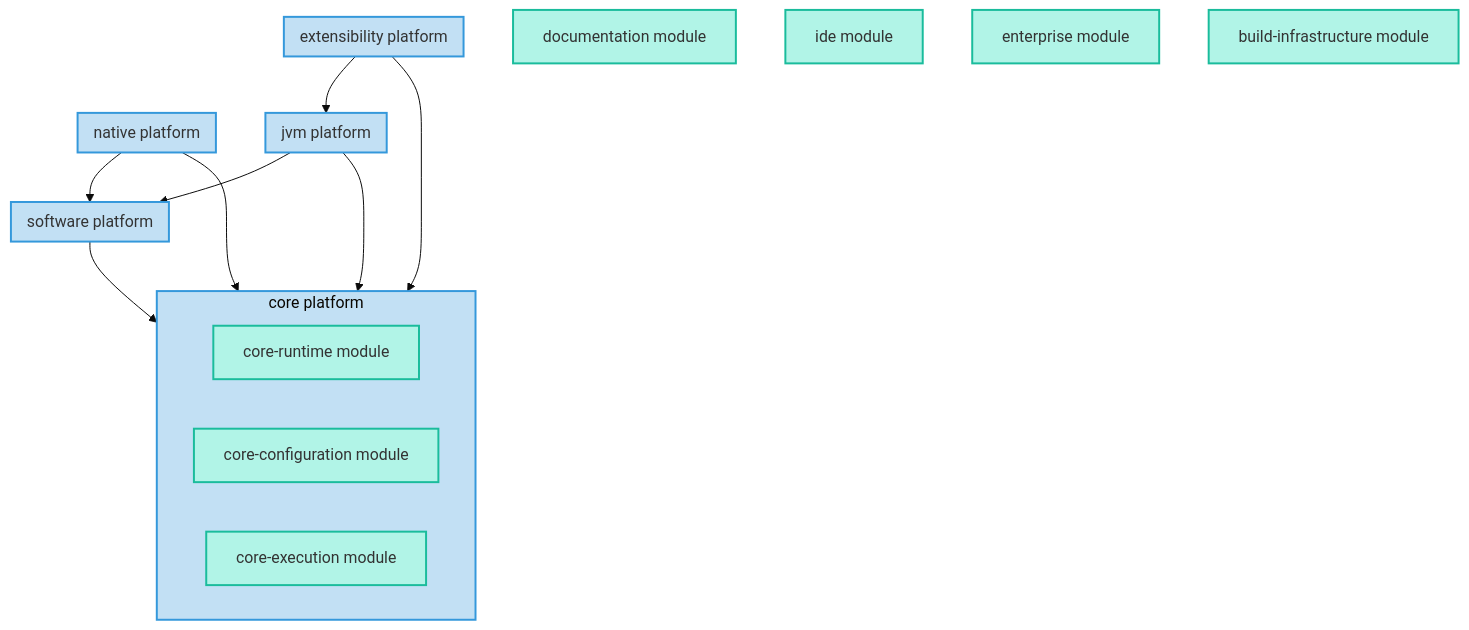
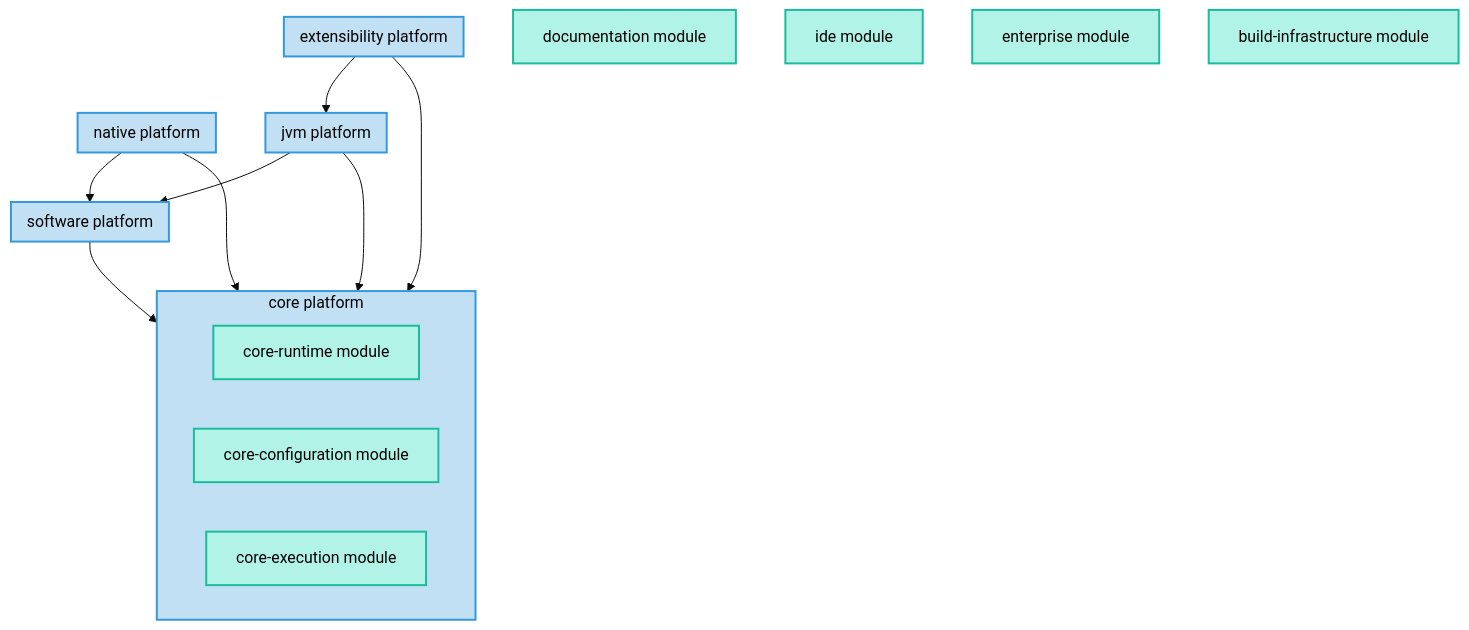
The diagram in architecture/README.md (gradle/gradle), drawn with Mermaid (base theme) before and after one commit. The commit also changed 1 other file, not shown here.

Commit message:
Fix the architecture docs diagram in dark mode

````diff
--- a/architecture/README.md
+++ b/architecture/README.md
@@ -10,51 +10,51 @@
 ```mermaid
     graph TD
 
     subgraph core["core platform"]
 
         core_runtime["core-runtime module"]
-        style core_runtime stroke:#1abc9c,fill:#b1f4e7,stroke-width:2px;
+        style core_runtime stroke:#1abc9c,fill:#b1f4e7,stroke-width:2px,color:#000;
 
         core_configuration["core-configuration module"]
-        style core_configuration stroke:#1abc9c,fill:#b1f4e7,stroke-width:2px;
+        style core_configuration stroke:#1abc9c,fill:#b1f4e7,stroke-width:2px,color:#000;
 
         core_execution["core-execution module"]
-        style core_execution stroke:#1abc9c,fill:#b1f4e7,stroke-width:2px;
+        style core_execution stroke:#1abc9c,fill:#b1f4e7,stroke-width:2px,color:#000;
     end
-    style core fill:#c2e0f4,stroke:#3498db,stroke-width:2px;
+    style core fill:#c2e0f4,stroke:#3498db,stroke-width:2px,color:#000;
 
     documentation["documentation module"]
-    style documentation stroke:#1abc9c,fill:#b1f4e7,stroke-width:2px;
+    style documentation stroke:#1abc9c,fill:#b1f4e7,stroke-width:2px,color:#000;
 
     ide["ide module"]
-    style ide stroke:#1abc9c,fill:#b1f4e7,stroke-width:2px;
+    style ide stroke:#1abc9c,fill:#b1f4e7,stroke-width:2px,color:#000;
 
     subgraph software["software platform"]
     end
-    style software fill:#c2e0f4,stroke:#3498db,stroke-width:2px;
+    style software fill:#c2e0f4,stroke:#3498db,stroke-width:2px,color:#000;
     software --> core
 
     subgraph jvm["jvm platform"]
     end
-    style jvm fill:#c2e0f4,stroke:#3498db,stroke-width:2px;
+    style jvm fill:#c2e0f4,stroke:#3498db,stroke-width:2px,color:#000;
     jvm --> core
     jvm --> software
 
     subgraph extensibility["extensibility platform"]
     end
-    style extensibility fill:#c2e0f4,stroke:#3498db,stroke-width:2px;
+    style extensibility fill:#c2e0f4,stroke:#3498db,stroke-width:2px,color:#000;
     extensibility --> core
     extensibility --> jvm
 
     subgraph native["native platform"]
     end
-    style native fill:#c2e0f4,stroke:#3498db,stroke-width:2px;
+    style native fill:#c2e0f4,stroke:#3498db,stroke-width:2px,color:#000;
     native --> core
     native --> software
 
     enterprise["enterprise module"]
-    style enterprise stroke:#1abc9c,fill:#b1f4e7,stroke-width:2px;
+    style enterprise stroke:#1abc9c,fill:#b1f4e7,stroke-width:2px,color:#000;
 
     build_infrastructure["build-infrastructure module"]
-    style build_infrastructure stroke:#1abc9c,fill:#b1f4e7,stroke-width:2px;
+    style build_infrastructure stroke:#1abc9c,fill:#b1f4e7,stroke-width:2px,color:#000;
 ```
````
